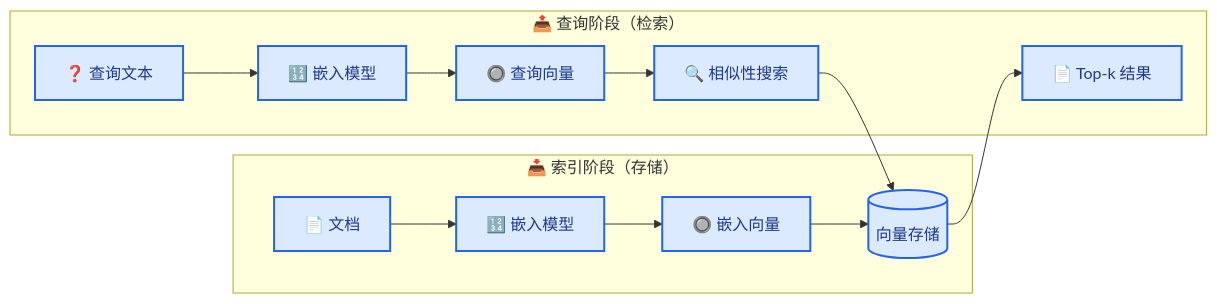
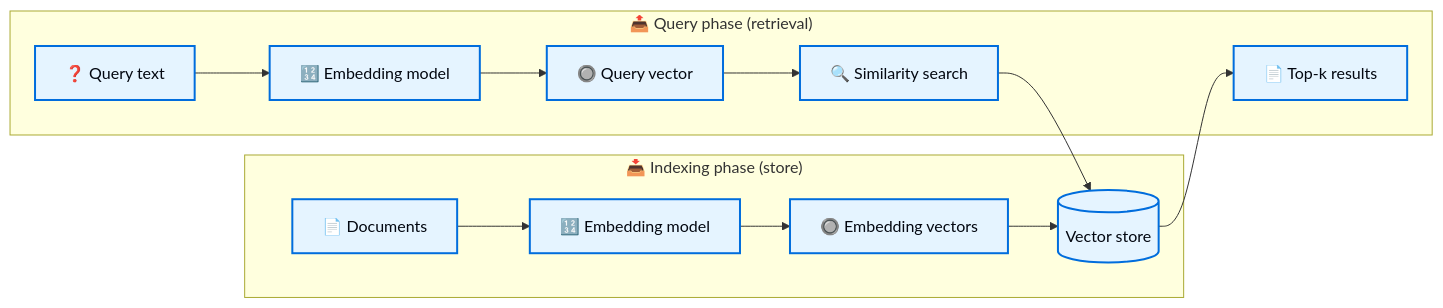
The diagram in oss/javascript/integrations/vectorstores/index.mdx (kunfan96/cndocs-langchain), drawn with Mermaid before and after one commit. The commit also changed other lines of this file and 2538 other files, not shown here.

````diff
--- a/oss/javascript/integrations/vectorstores/index.mdx
+++ b/oss/javascript/integrations/vectorstores/index.mdx
@@ -11,20 +11,20 @@
 ```mermaid
 flowchart LR
 
-    subgraph "📥 索引阶段（存储）"
-        A[📄 文档] --> B[🔢 嵌入模型]
-        B --> C[🔘 嵌入向量]
-        C --> D[(向量存储)]
+    subgraph "📥 Indexing phase (store)"
+        A[📄 Documents] --> B[🔢 Embedding model]
+        B --> C[🔘 Embedding vectors]
+        C --> D[(Vector store)]
     end
 
-    subgraph "📤 查询阶段（检索）"
-        E[❓ 查询文本] --> F[🔢 嵌入模型]
-        F --> G[🔘 查询向量]
-        G --> H[🔍 相似性搜索]
+    subgraph "📤 Query phase (retrieval)"
+        E[❓ Query text] --> F[🔢 Embedding model]
+        F --> G[🔘 Query vector]
+        G --> H[🔍 Similarity search]
         H --> D
-        D --> I[📄 Top-k 结果]
+        D --> I[📄 Top-k results]
     end
 
-    classDef process fill:#DBEAFE,stroke:#2563EB,stroke-width:2px,color:#1E3A8A
+    classDef process fill:#E5F4FF,stroke:#006DDD,stroke-width:2px,color:#030710
     class A,B,C,D,E,F,G,H,I process
 ```
````
